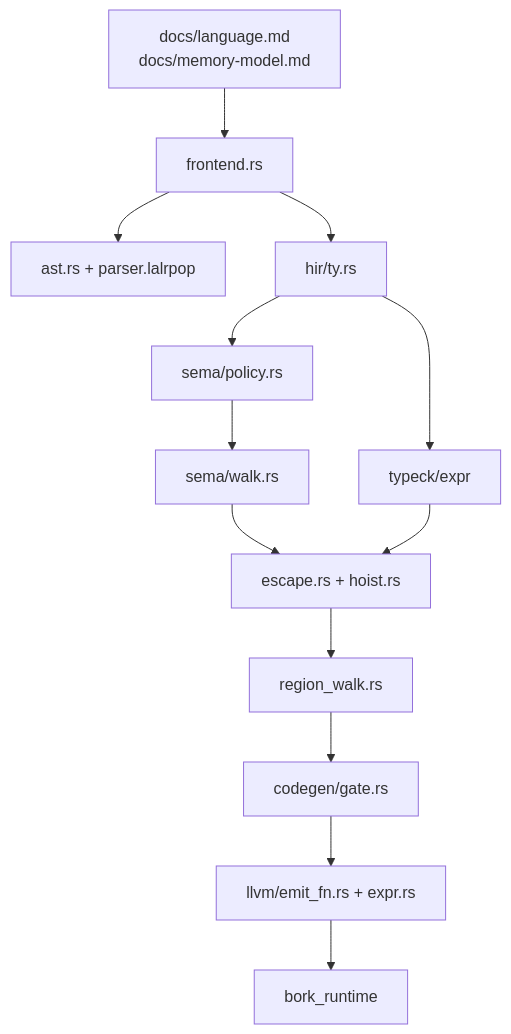
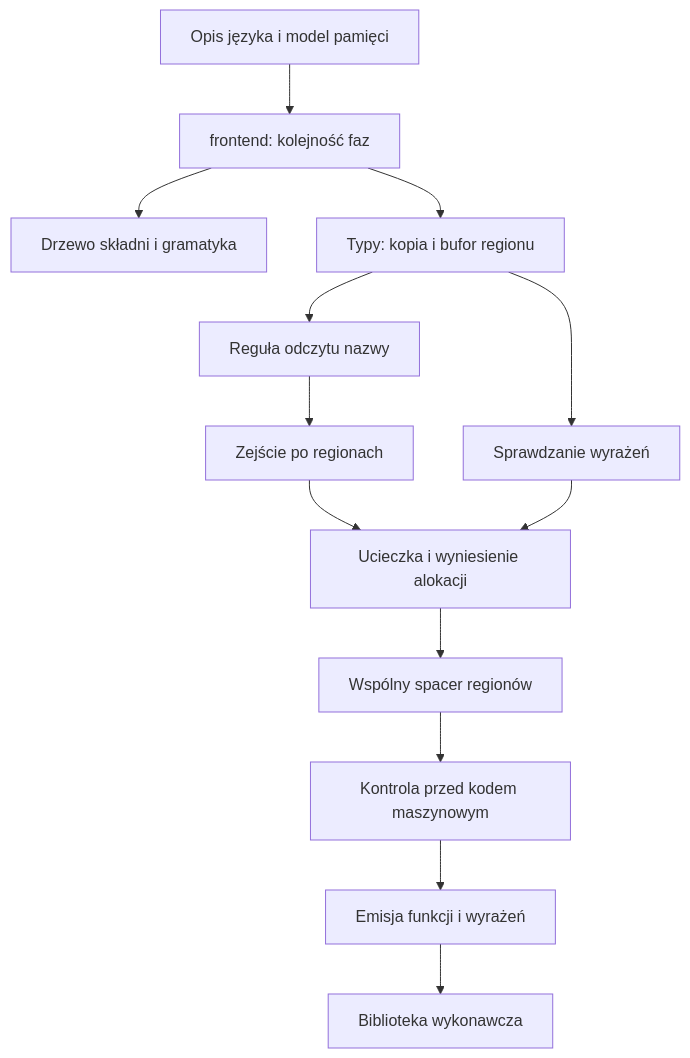
The diagram in docs/book/20-mapa.md (andrzejwitkowski/Bork), drawn with Mermaid before and after one commit. The commit also changed other lines of this file and 30 other files, not shown here.

````diff
--- a/docs/book/20-mapa.md
+++ b/docs/book/20-mapa.md
@@ -132,15 +45,15 @@
 ```mermaid
 flowchart TD
-    docs["docs/language.md<br/>docs/memory-model.md"] --> fe["frontend.rs"]
-    fe --> ast["ast.rs + parser.lalrpop"]
-    fe --> ty["hir/ty.rs"]
-    ty --> policy["sema/policy.rs"]
-    policy --> walk["sema/walk.rs"]
-    ty --> tcx["typeck/expr"]
-    walk --> esc["escape.rs + hoist.rs"]
+    docs["Opis języka i model pamięci"] --> fe["frontend: kolejność faz"]
+    fe --> ast["Drzewo składni i gramatyka"]
+    fe --> ty["Typy: kopia i bufor regionu"]
+    ty --> policy["Reguła odczytu nazwy"]
+    policy --> walk["Zejście po regionach"]
+    ty --> tcx["Sprawdzanie wyrażeń"]
+    walk --> esc["Ucieczka i wyniesienie alokacji"]
     tcx --> esc
-    esc --> rw["region_walk.rs"]
-    rw --> gate["codegen/gate.rs"]
-    gate --> llvm["llvm/emit_fn.rs + expr.rs"]
-    llvm --> rt["bork_runtime"]
+    esc --> rw["Wspólny spacer regionów"]
+    rw --> gate["Kontrola przed kodem maszynowym"]
+    gate --> llvm["Emisja funkcji i wyrażeń"]
+    llvm --> rt["Biblioteka wykonawcza"]
 ```
````
